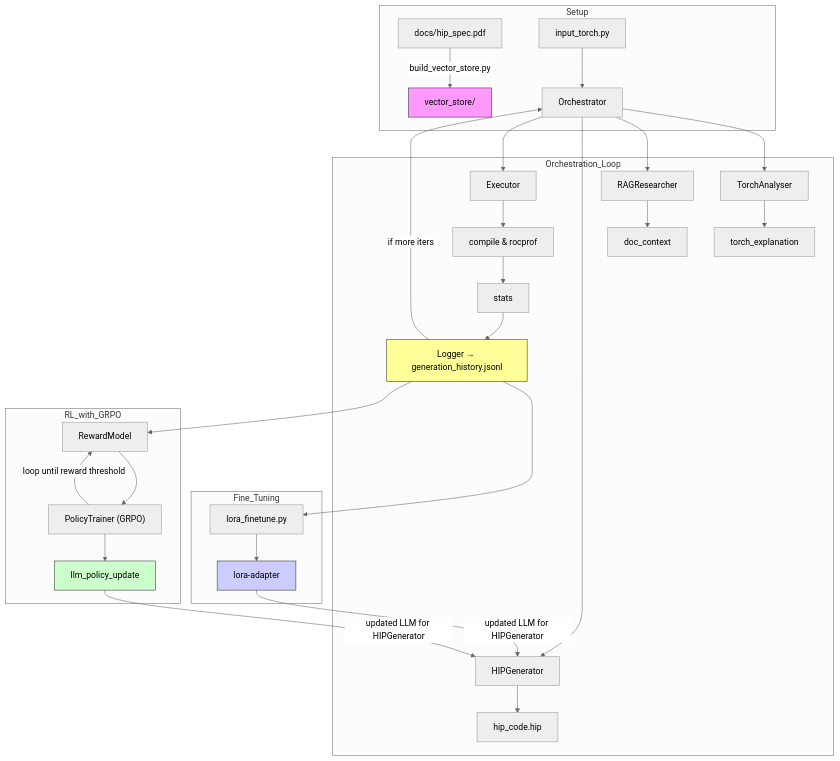
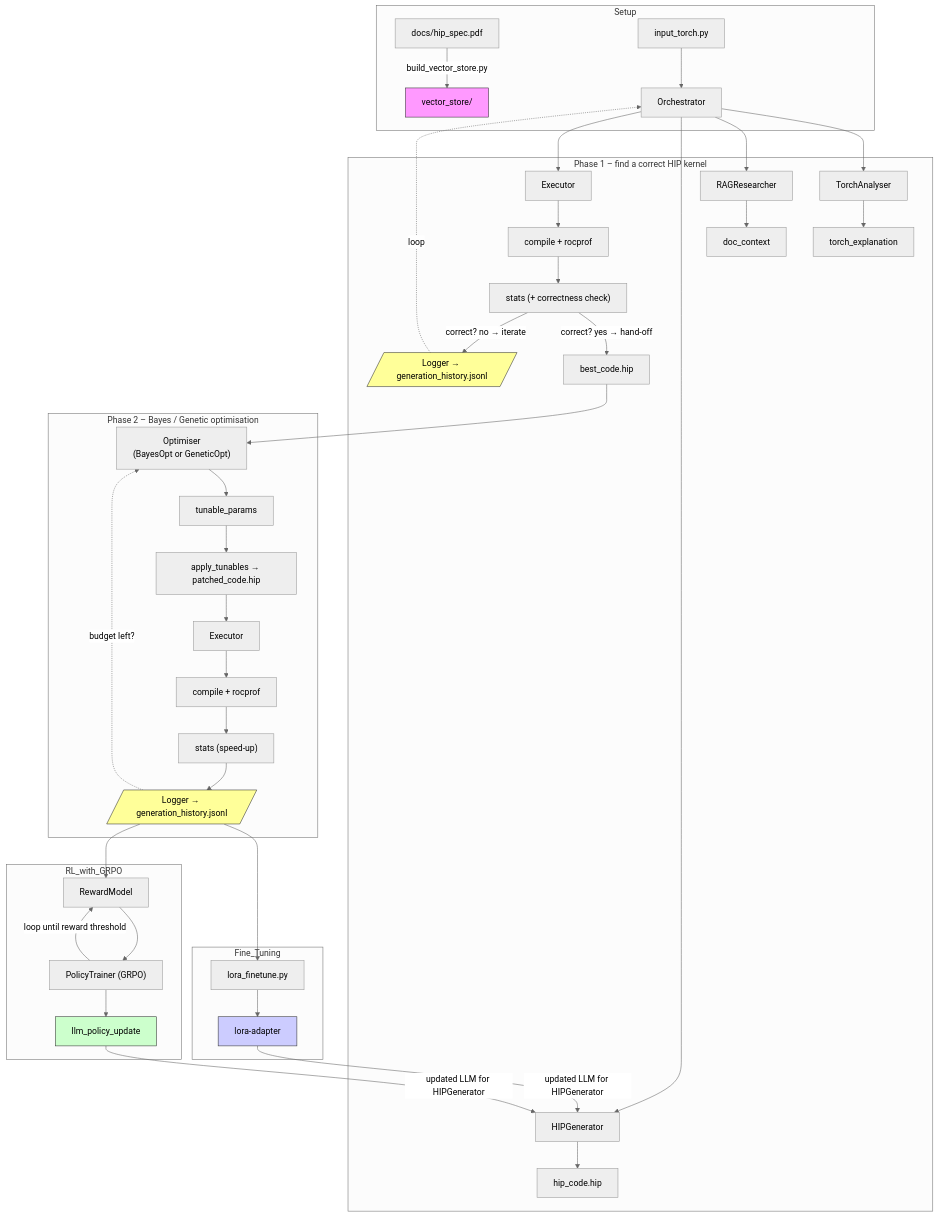
One commit to sinarafati-amd/HIPKernelBench changed the diagram in kernel-agentic/flow.mmd. Above: the diagram before and after it, drawn with Mermaid (neutral theme). The commit also changed 25 other files, not shown here.

```diff
--- a/kernel-agentic/flow.mmd
+++ b/kernel-agentic/flow.mmd
@@ -1,39 +1,63 @@
 flowchart TD
+  %% ----------  SETUP  ----------
   subgraph Setup
     A1["docs/hip_spec.pdf"] -->|build_vector_store.py| VS["vector_store/"]
-    A2["input_torch.py"] --> B1
+    A2["input_torch.py"]     --> B1
   end
 
-  subgraph Orchestration_Loop
+  %% ----------  PHASE 1 – LLM synthesis until first correct kernel ----------
+  subgraph Phase1_LLMSynthesis["Phase 1 – find a correct HIP kernel"]
     B1["Orchestrator"] --> C1["TorchAnalyser"]
     C1 --> C2["torch_explanation"]
+
     B1 --> R1["RAGResearcher"]
     R1 --> R2["doc_context"]
+
     B1 --> G1["HIPGenerator"]
     G1 --> G2["hip_code.hip"]
+
     B1 --> X1["Executor"]
-    X1 --> X2["compile & rocprof"]
-    X2 --> X3["stats"]
-    X3 --> L1["Logger → generation_history.jsonl"]
-    L1 -->|if more iters| B1
+    X1 --> X2["compile + rocprof"]
+    X2 --> X3["stats (+ correctness check)"]
+
+    %% first correct kernel
+    X3 -->|correct? yes → hand-off| P0["best_code.hip"]
+    X3 -->|correct? no → iterate| L1a
+
+    L1a[/"Logger → generation_history.jsonl"/] -.->|loop| B1
   end
 
+  %% ----------  PHASE 2 – Bayes / Genetic HPO ----------
+  subgraph Phase2_HPO["Phase 2 – Bayes / Genetic optimisation"]
+    O1["Optimiser\n(BayesOpt or GeneticOpt)"] --> O2["tunable_params"]
+    O2 --> O3["apply_tunables → patched_code.hip"]
+    O3 --> X1b["Executor"]
+    X1b --> X2b["compile + rocprof"]
+    X2b --> X3b["stats (speed-up)"]
+
+    X3b --> L1b[/"Logger → generation_history.jsonl"/]
+    L1b -.->|budget left?| O1
+  end
+  P0 --> O1
+
+  %% ----------  OFF-LINE LEARNING ----------
   subgraph Fine_Tuning
-    L1 --> T1["lora_finetune.py"]
-    T1 --> T2["lora-adapter"]
+    L1b --> T1["lora_finetune.py"]
+    T1  --> T2["lora-adapter"]
   end
 
   subgraph RL_with_GRPO
-    L1 --> RL1["RewardModel"]
+    L1b --> RL1["RewardModel"]
     RL1 --> RL2["PolicyTrainer (GRPO)"]
     RL2 --> RL3["llm_policy_update"]
     RL3 -->|updated LLM for HIPGenerator| G1
-    T2 -->|updated LLM for HIPGenerator| G1
+    T2  -->|updated LLM for HIPGenerator| G1
     RL2 -->|loop until reward threshold| RL1
-
   end
 
-  style VS fill:#f9f,stroke:#333,stroke-width:1px
-  style L1 fill:#ff9,stroke:#333,stroke-width:1px
-  style T2 fill:#ccf,stroke:#333,stroke-width:1px
+  %% ----------  STYLES ----------
+  style VS  fill:#f9f,stroke:#333,stroke-width:1px
+  style L1a fill:#ff9,stroke:#333,stroke-width:1px
+  style L1b fill:#ff9,stroke:#333,stroke-width:1px
+  style T2  fill:#ccf,stroke:#333,stroke-width:1px
   style RL3 fill:#cfc,stroke:#333,stroke-width:1px
```
